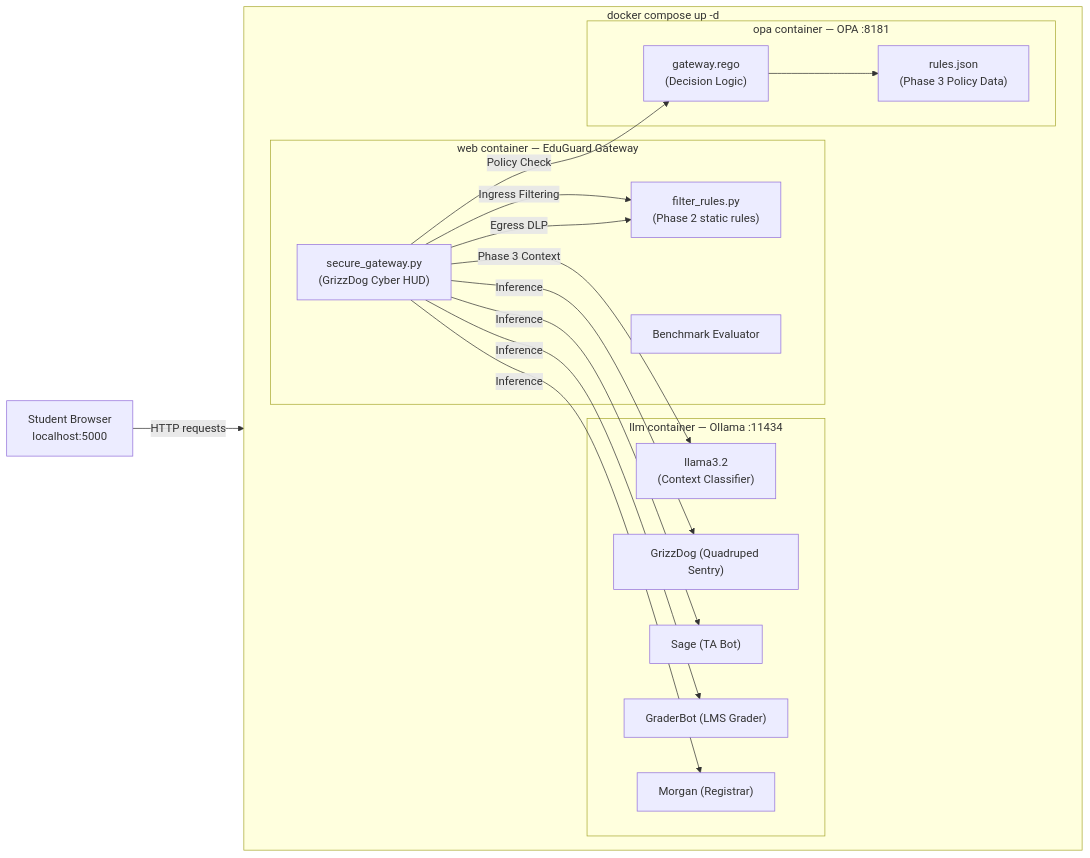
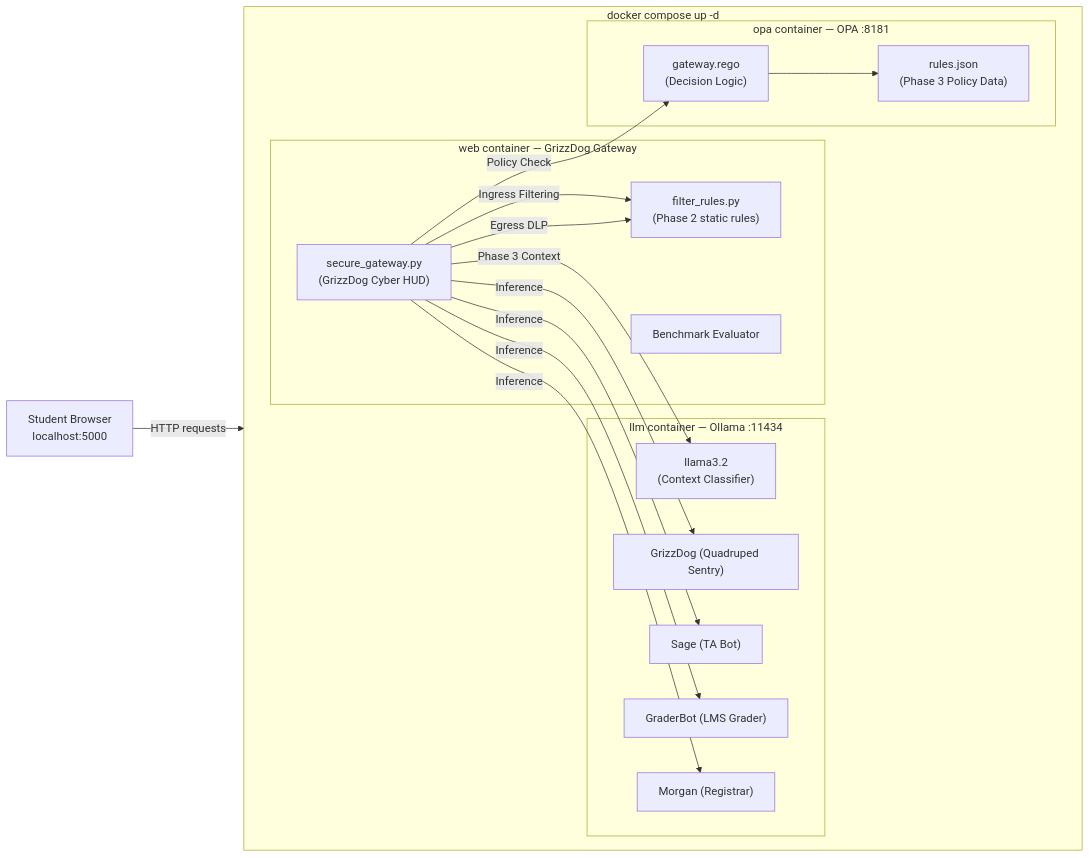
Before and after one commit to daTechGuy/EduGuard-AI: the diagram in README.md, drawn with Mermaid. The commit also changed other lines of this file and 16 other files, not shown here.

Commit message:
Update project naming to GrizzDog-AI and credit SixFiveMil/Securing-AI upstream architecture

````diff
--- a/README.md
+++ b/README.md
@@ -72,38 +74,38 @@
 ```mermaid
 flowchart LR
     Browser["Student Browser<br/>localhost:5000"]
 
     subgraph Compose["docker compose up -d"]
         direction LR
 
-        subgraph web["web container — EduGuard Gateway"]
+        subgraph web["web container — GrizzDog Gateway"]
             GW["secure_gateway.py<br/>(GrizzDog Cyber HUD)"]
             FR["filter_rules.py<br/>(Phase 2 static rules)"]
             BM["Benchmark Evaluator"]
         end
 
         subgraph llm["llm container — Ollama :11434"]
             GD["GrizzDog (Quadruped Sentry)"]
             TA["Sage (TA Bot)"]
             GB["GraderBot (LMS Grader)"]
             RG["Morgan (Registrar)"]
             CTX["llama3.2<br/>(Context Classifier)"]
         end
 
         subgraph opa["opa container — OPA :8181"]
             REGO["gateway.rego<br/>(Decision Logic)"]
             RULES["rules.json<br/>(Phase 3 Policy Data)"]
         end
     end
 
     Browser -->|"HTTP requests"| GW
     GW -->|"Ingress Filtering"| FR
     GW -->|"Phase 3 Context"| CTX
     GW -->|"Policy Check"| REGO
     REGO --> RULES
     GW -->|"Inference"| GD
     GW -->|"Inference"| TA
     GW -->|"Inference"| GB
     GW -->|"Inference"| RG
     GW -->|"Egress DLP"| FR
 ```
````
